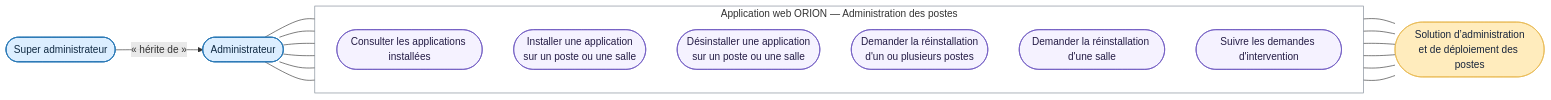
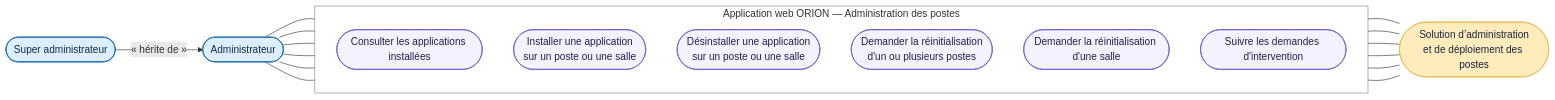
Before and after one commit to bpierrelouis/aster: the diagram in docs/09-DCU-ADMINISTRATION-POSTES.md, drawn with Mermaid. The commit also changed other lines of this file and 22 other files, not shown here.

First line of the commit message:
docs: nommer « réinitialisation » la réinstallation du système des postes

````diff
--- a/docs/09-DCU-ADMINISTRATION-POSTES.md
+++ b/docs/09-DCU-ADMINISTRATION-POSTES.md
@@ -9,41 +9,41 @@
 ```mermaid
 flowchart LR
     administrateur(["Administrateur"])
     superAdministrateur(["Super administrateur"])
 
     superAdministrateur -->|« hérite de »| administrateur
 
     subgraph orion["Application web ORION — Administration des postes"]
         direction TB
         consulterApplications(["Consulter les applications installées"])
         installerApplication(["Installer une application<br/>sur un poste ou une salle"])
         desinstallerApplication(["Désinstaller une application<br/>sur un poste ou une salle"])
-        demanderPoste(["Demander la réinstallation<br/>d'un ou plusieurs postes"])
-        demanderSalle(["Demander la réinstallation d'une salle"])
+        demanderPoste(["Demander la réinitialisation<br/>d'un ou plusieurs postes"])
+        demanderSalle(["Demander la réinitialisation d'une salle"])
         suivreInterventions(["Suivre les demandes d'intervention"])
     end
 
     administrationDistante(["Solution d’administration<br/>et de déploiement des postes"])
 
     administrateur --- consulterApplications
     administrateur --- installerApplication
     administrateur --- desinstallerApplication
     administrateur --- demanderPoste
     administrateur --- demanderSalle
     administrateur --- suivreInterventions
     consulterApplications --- administrationDistante
     installerApplication --- administrationDistante
     desinstallerApplication --- administrationDistante
     demanderPoste --- administrationDistante
     demanderSalle --- administrationDistante
     suivreInterventions --- administrationDistante
 
     classDef acteurReel fill:#DCEEFF,stroke:#2878B5,color:#102A43,stroke-width:1.5px
     classDef acteurSecondaire fill:#FFECBD,stroke:#E8B84E,color:#17243B
     classDef casUtilisation fill:#F5F2FF,stroke:#6954C0,color:#241C45
     class administrateur,superAdministrateur acteurReel
     class administrationDistante acteurSecondaire
     class consulterApplications,installerApplication,desinstallerApplication,demanderPoste,demanderSalle,suivreInterventions casUtilisation
 
     style orion fill:none,stroke:#7D8793,stroke-width:1px
 ```
````
